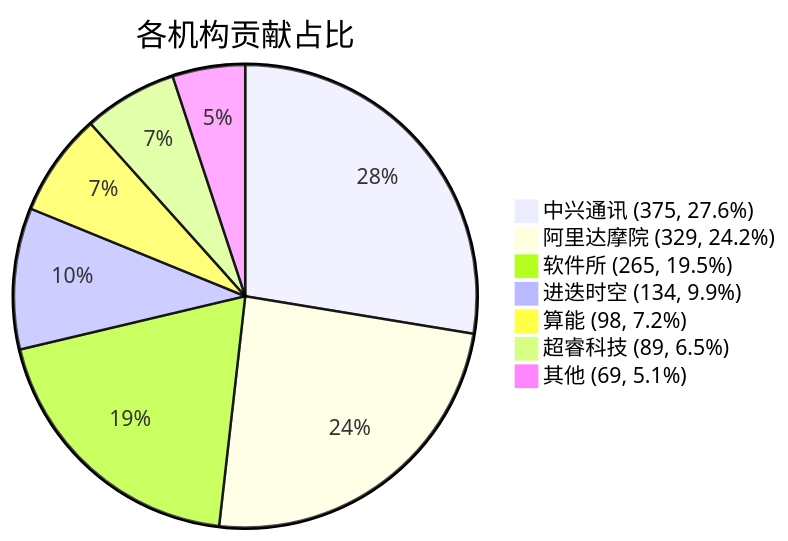
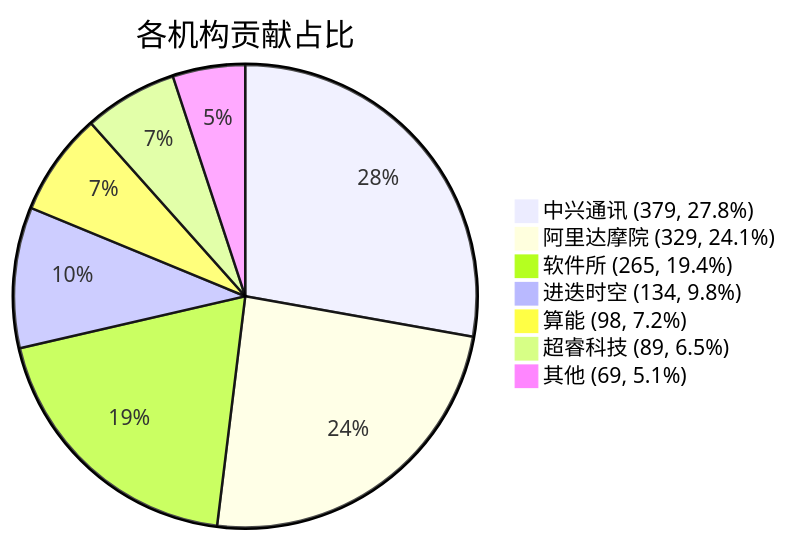
Before and after one commit to RVCK-Project/rvck: the diagram in docs/index.md, drawn with Mermaid. The commit also changed other lines of this file and 20 other files, not shown here.

````diff
--- a/docs/index.md
+++ b/docs/index.md
@@ -39,10 +39,10 @@
 ```mermaid
 pie title 各机构贡献占比
-    "中兴通讯 (375, 27.6%)" : 375
-    "阿里达摩院 (329, 24.2%)" : 329
-    "软件所 (265, 19.5%)" : 265
-    "进迭时空 (134, 9.9%)" : 134
+    "中兴通讯 (379, 27.8%)" : 379
+    "阿里达摩院 (329, 24.1%)" : 329
+    "软件所 (265, 19.4%)" : 265
+    "进迭时空 (134, 9.8%)" : 134
     "算能 (98, 7.2%)" : 98
     "超睿科技 (89, 6.5%)" : 89
     "其他 (69, 5.1%)" : 69
 ```
````
